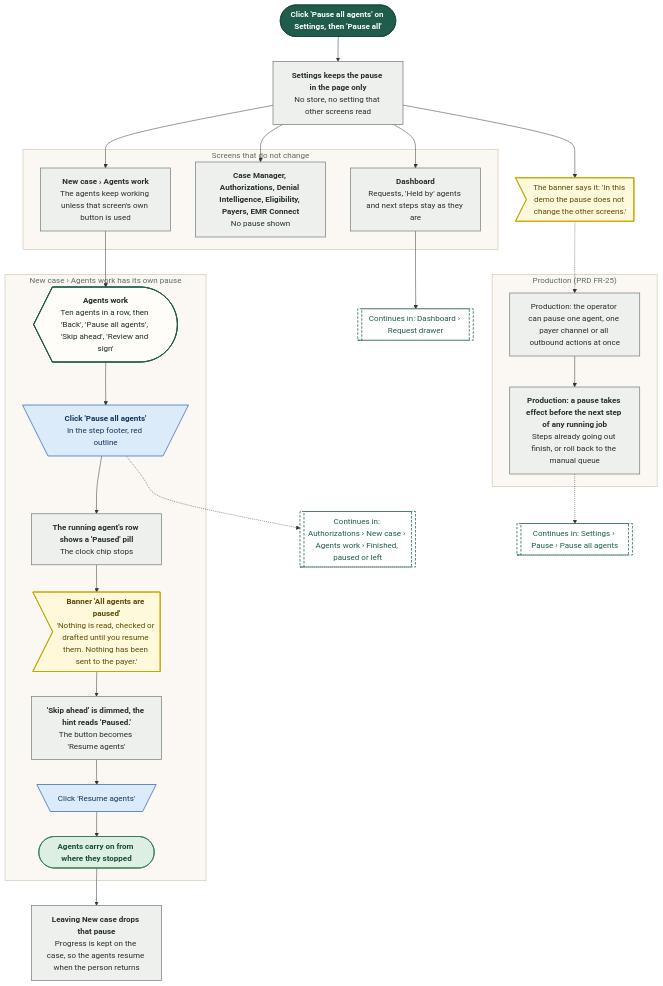
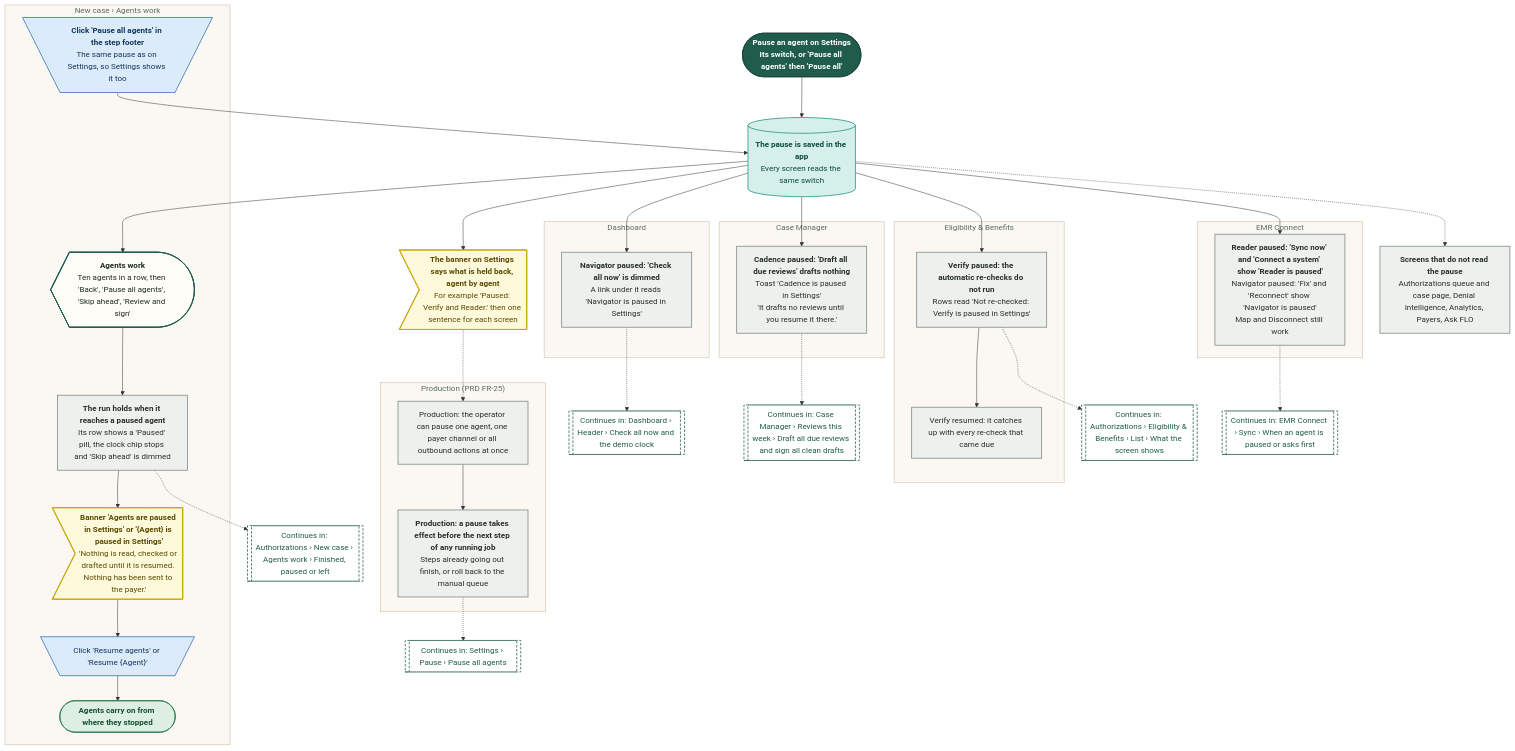
One commit to Shrav143/psyfloapp changed the seventh of 10 diagrams in demos/prior-auth-demo/workflows/out/md/11-settings.md. Above: the diagram before and after it, drawn with Mermaid. The commit also changed other lines of this file and 195 other files, not shown here.

First line of the commit message:
docs: Rebuild workflow diagrams after the demo fixes (220 diagrams)

````diff
--- a/demos/prior-auth-demo/workflows/out/md/11-settings.md
+++ b/demos/prior-auth-demo/workflows/out/md/11-settings.md
@@ -500,49 +515,67 @@
   classDef k_wait fill:#E4E8EE,stroke:#6B7C93,color:#26303D,stroke-width:1.5px
   classDef k_toast fill:#FFF9DB,stroke:#C9A400,color:#5A4A00,stroke-width:1.5px
   classDef k_goto fill:#FFFFFF,stroke:#1F5C4B,color:#1F5C4B,stroke-width:1.5px,stroke-dasharray:5 3
-  s1@{ shape: stadium, label: "Click 'Pause all agents' on Settings, then 'Pause all'" }
-  p1@{ shape: rect, label: "<b>Settings keeps the pause in the page only</b><br/>No store, no setting that other screens read" }
-  t1@{ shape: odd, label: "The banner says it: 'In this demo the pause does not change the other screens.'" }
-  subgraph gOther ["Screens that do not change"]
-  o1@{ shape: rect, label: "<b>Dashboard</b><br/>Requests, 'Held by' agents and next steps stay as they are" }
-  o2@{ shape: rect, label: "<b>Case Manager, Authorizations, Denial Intelligence, Eligibility, Payers, EMR Connect</b><br/>No pause shown" }
-  o3@{ shape: rect, label: "<b>New case › Agents work</b><br/>The agents keep working unless that screen's own button is used" }
+  s1@{ shape: stadium, label: "<b>Pause an agent on Settings</b><br/>Its switch, or 'Pause all agents' then 'Pause all'" }
+  p1@{ shape: cyl, label: "<b>The pause is saved in the app</b><br/>Every screen reads the same switch" }
+  t1@{ shape: odd, label: "<b>The banner on Settings says what is held back, agent by agent</b><br/>For example 'Paused: Verify and Reader.' then one sentence for each screen" }
+  subgraph gNew ["New case › Agents work"]
+  n1@{ shape: curv-trap, label: "<b>Agents work</b><br/>Ten agents in a row, then 'Back', 'Pause all agents', 'Skip ahead', 'Review and sign'" }
+  n3@{ shape: rect, label: "<b>The run holds when it reaches a paused agent</b><br/>Its row shows a 'Paused' pill, the clock chip stops and 'Skip ahead' is dimmed" }
+  n4@{ shape: odd, label: "<b>Banner 'Agents are paused in Settings' or '{Agent} is paused in Settings'</b><br/>'Nothing is read, checked or drafted until it is resumed. Nothing has been sent to the payer.'" }
+  n6@{ shape: trap-t, label: "Click 'Resume agents' or 'Resume {Agent}'" }
+  n7@{ shape: stadium, label: "Agents carry on from where they stopped" }
+  n2@{ shape: trap-t, label: "<b>Click 'Pause all agents' in the step footer</b><br/>The same pause as on Settings, so Settings shows it too" }
   end
-  subgraph gNew ["New case › Agents work has its own pause"]
-  n1@{ shape: curv-trap, label: "<b>Agents work</b><br/>Ten agents in a row, then 'Back', 'Pause all agents', 'Skip ahead', 'Review and sign'" }
-  n2@{ shape: trap-t, label: "<b>Click 'Pause all agents'</b><br/>In the step footer, red outline" }
-  n3@{ shape: rect, label: "<b>The running agent's row shows a 'Paused' pill</b><br/>The clock chip stops" }
-  n4@{ shape: odd, label: "<b>Banner 'All agents are paused'</b><br/>'Nothing is read, checked or drafted until you resume them. Nothing has been sent to the payer.'" }
-  n5@{ shape: rect, label: "<b>'Skip ahead' is dimmed, the hint reads 'Paused.'</b><br/>The button becomes 'Resume agents'" }
-  n6@{ shape: trap-t, label: "Click 'Resume agents'" }
-  n7@{ shape: stadium, label: "Agents carry on from where they stopped" }
+  subgraph gDash ["Dashboard"]
+  o1@{ shape: rect, label: "<b>Navigator paused: 'Check all now' is dimmed</b><br/>A link under it reads 'Navigator is paused in Settings'" }
   end
-  n8@{ shape: rect, label: "<b>Leaving New case drops that pause</b><br/>Progress is kept on the case, so the agents resume when the person returns" }
+  subgraph gMgr ["Case Manager"]
+  m1@{ shape: rect, label: "<b>Cadence paused: 'Draft all due reviews' drafts nothing</b><br/>Toast 'Cadence is paused in Settings'<br/>'It drafts no reviews until you resume it there.'" }
+  end
+  subgraph gElig ["Eligibility & Benefits"]
+  e1@{ shape: rect, label: "<b>Verify paused: the automatic re-checks do not run</b><br/>Rows read 'Not re-checked: Verify is paused in Settings'" }
+  e2@{ shape: rect, label: "Verify resumed: it catches up with every re-check that came due" }
+  end
+  subgraph gEmr ["EMR Connect"]
+  x1@{ shape: rect, label: "<b>Reader paused: 'Sync now' and 'Connect a system' show 'Reader is paused'</b><br/>Navigator paused: 'Fix' and 'Reconnect' show 'Navigator is paused'<br/>Map and Disconnect still work" }
+  end
+  n8@{ shape: rect, label: "<b>Screens that do not read the pause</b><br/>Authorizations queue and case page, Denial Intelligence, Analytics, Payers, Ask FLO" }
   subgraph gReal ["Production (PRD FR-25)"]
   r1@{ shape: rect, label: "Production: the operator can pause one agent, one payer channel or all outbound actions at once" }
   r2@{ shape: rect, label: "<b>Production: a pause takes effect before the next step of any running job</b><br/>Steps already going out finish, or roll back to the manual queue" }
   end
   g1@{ shape: subproc, label: "Continues in: Authorizations › New case › Agents work › Finished, paused or left" }
-  g2@{ shape: subproc, label: "Continues in: Dashboard › Request drawer" }
-  g3@{ shape: subproc, label: "Continues in: Settings › Pause › Pause all agents" }
+  g2@{ shape: subproc, label: "Continues in: Dashboard › Header › Check all now and the demo clock" }
+  g3@{ shape: subproc, label: "Continues in: Case Manager › Reviews this week › Draft all due reviews and sign all clean drafts" }
+  g4@{ shape: subproc, label: "Continues in: Authorizations › Eligibility & Benefits › List › What the screen shows" }
+  g5@{ shape: subproc, label: "Continues in: EMR Connect › Sync › When an agent is paused or asks first" }
+  g6@{ shape: subproc, label: "Continues in: Settings › Pause › Pause all agents" }
   s1 --> p1 --> t1
-  p1 --> o1 & o2 & o3
-  o1 --> g2
-  o3 --> n1
-  n1 --> n2 --> n3 --> n4 --> n5 --> n6 --> n7
-  n7 --> n8
-  n2 -.-> g1
+  p1 --> n1 & o1 & m1 & e1 & x1
+  p1 -.-> n8
+  n1 --> n3 --> n4 --> n6 --> n7
+  n2 --> p1
+  n3 -.-> g1
+  o1 -.-> g2
+  m1 -.-> g3
+  e1 --> e2
+  e1 -.-> g4
+  x1 -.-> g5
   t1 -.-> r1
   r1 --> r2
-  r2 -.-> g3
+  r2 -.-> g6
   class s1 k_start
-  class p1,o1,o2,o3,n3,n5,n8,r1,r2 k_process
+  class p1 k_store
   class t1,n4 k_toast
   class n1 k_screen
-  class n2,n6 k_click
+  class n3,o1,m1,e1,e2,x1,n8,r1,r2 k_process
+  class n6,n2 k_click
   class n7 k_end
-  class g1,g2,g3 k_goto
-  style gOther fill:#FBF8F3,stroke:#D9CDBB,stroke-width:1.5px,color:#5B6B63
+  class g1,g2,g3,g4,g5,g6 k_goto
   style gNew fill:#FBF8F3,stroke:#D9CDBB,stroke-width:1.5px,color:#5B6B63
+  style gDash fill:#FBF8F3,stroke:#D9CDBB,stroke-width:1.5px,color:#5B6B63
+  style gMgr fill:#FBF8F3,stroke:#D9CDBB,stroke-width:1.5px,color:#5B6B63
+  style gElig fill:#FBF8F3,stroke:#D9CDBB,stroke-width:1.5px,color:#5B6B63
+  style gEmr fill:#FBF8F3,stroke:#D9CDBB,stroke-width:1.5px,color:#5B6B63
   style gReal fill:#FBF8F3,stroke:#D9CDBB,stroke-width:1.5px,color:#5B6B63
 ```
````
